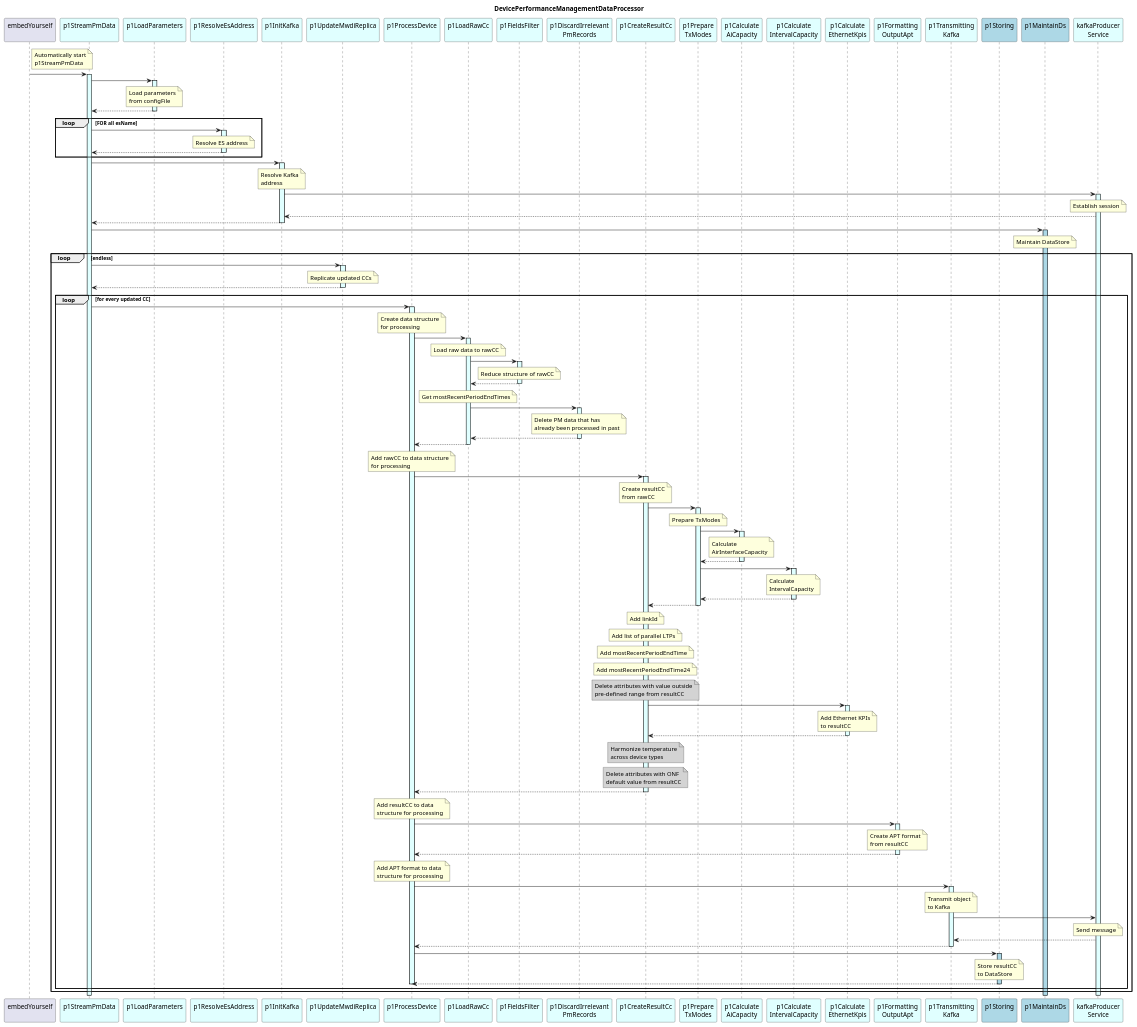
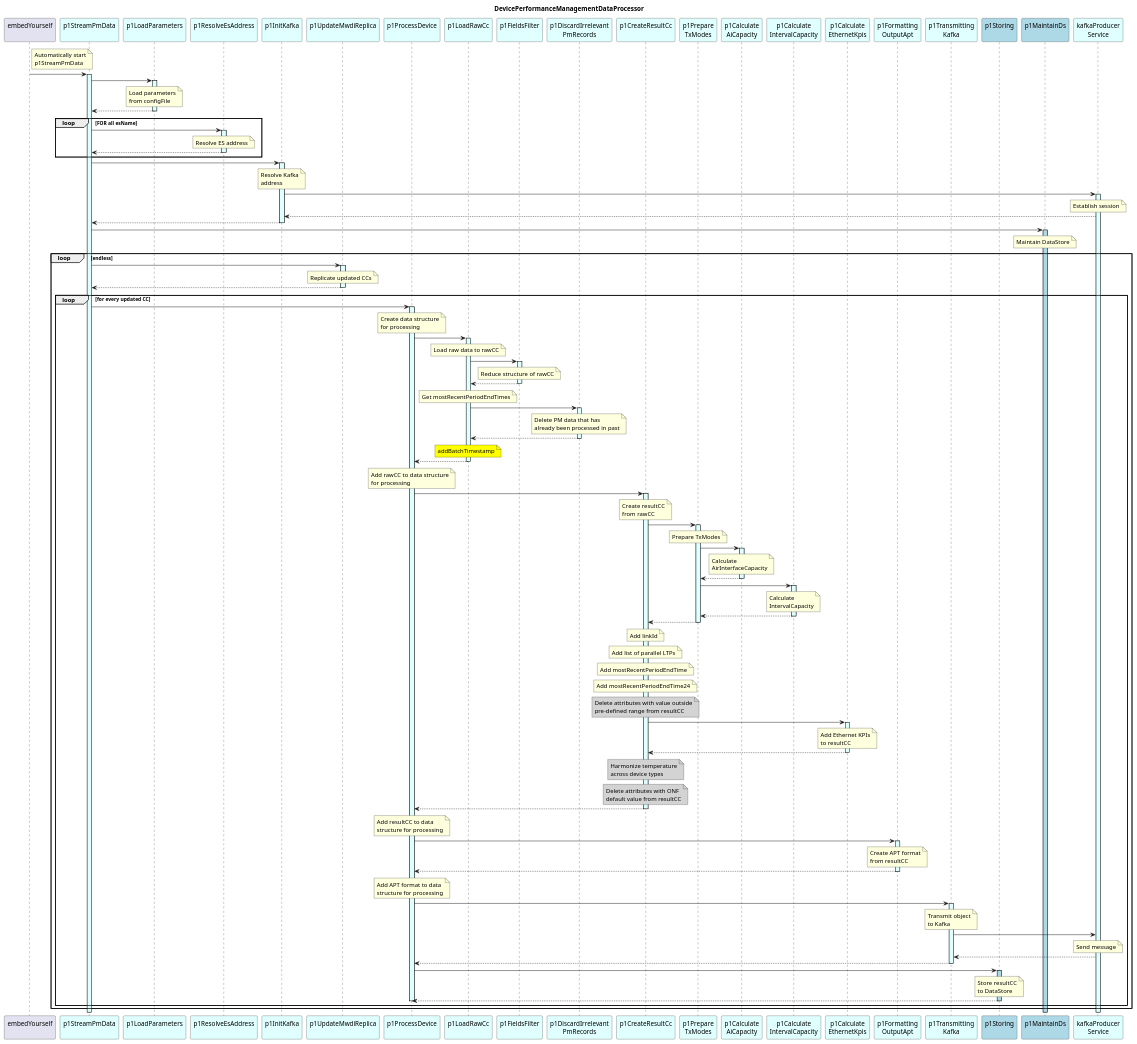
The diagram in spec/diagrams/hl_sequence.plantuml (openBackhaul/DevicePerformanceManagementDataProcessor), drawn with PlantUML before and after one commit. The commit also changed 7 other files, not shown here.

Commit message:
Add addBatchTimestamp

```diff
--- a/spec/diagrams/hl_sequence.plantuml
+++ b/spec/diagrams/hl_sequence.plantuml
@@ -140,6 +140,10 @@
 
           p1AddRaw <-- filterPm
           deactivate filterPm
+
+          note over p1AddRaw #Yellow
+            addBatchTimestamp
+          end note
 
         p1ProcessPm <-- p1AddRaw
         deactivate p1AddRaw
```
